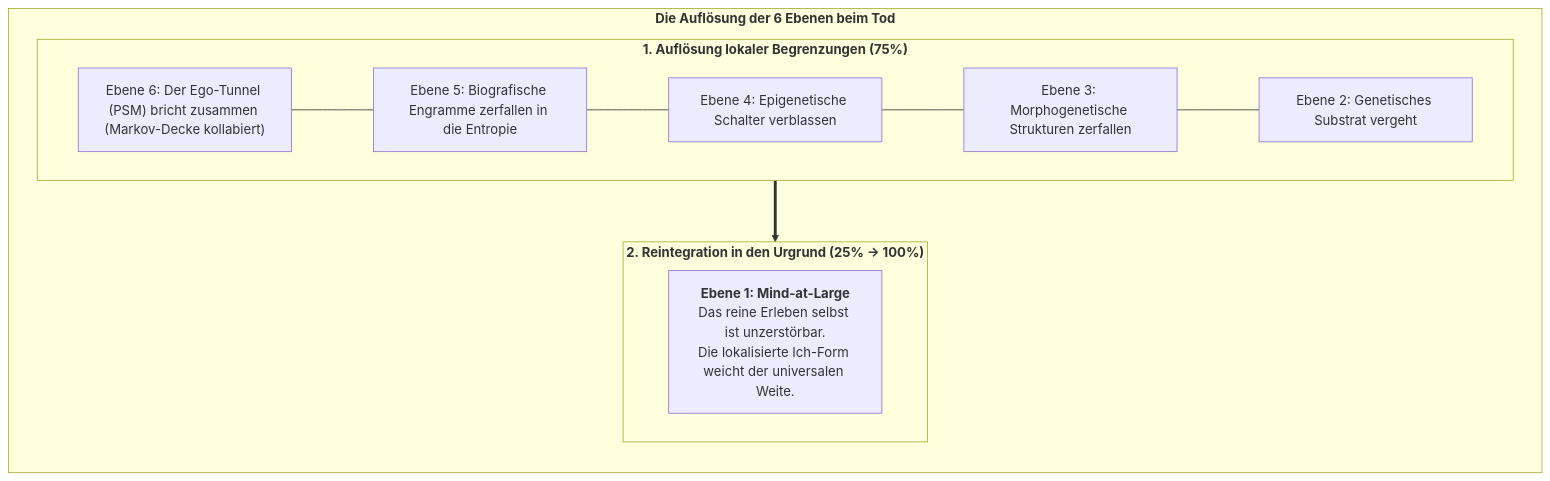
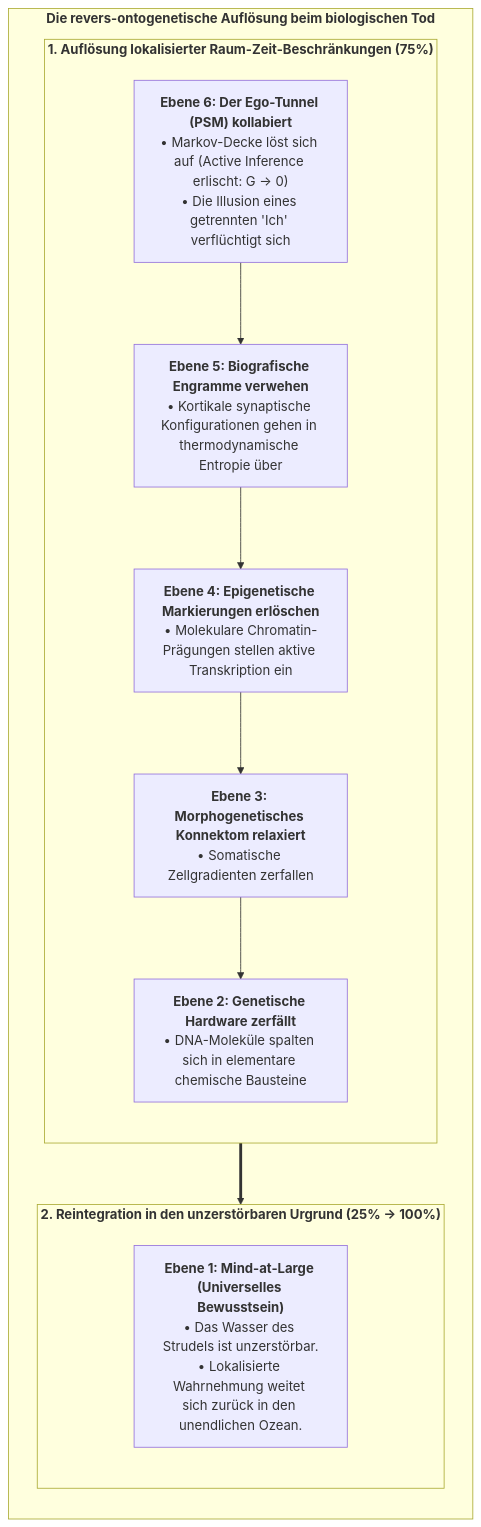
One commit to Thriebl/active-inference-phi-network changed the third of 6 diagrams in book/manuscript_de/08_existenzielle_und_ethische_konsequenzen_de.md. Above: the diagram before and after it, drawn with Mermaid. The commit also changed other lines of this file and 16 other files, not shown here.

````diff
--- a/book/manuscript_de/08_existenzielle_und_ethische_konsequenzen_de.md
+++ b/book/manuscript_de/08_existenzielle_und_ethische_konsequenzen_de.md
@@ -20,21 +84,28 @@
 ```mermaid
 flowchart TD
-    subgraph DEATH_DE["<b>Die Auflösung der 6 Ebenen beim Tod</b>"]
+    subgraph DEATH_DISSOLUTION["<b>Die revers-ontogenetische Auflösung beim biologischen Tod</b>"]
         direction TB
         
-        subgraph DISS_DE["<b>1. Auflösung lokaler Begrenzungen (75%)</b>"]
-            L6["Ebene 6: Der Ego-Tunnel (PSM) bricht zusammen (Markov-Decke kollabiert)"]
-            L5["Ebene 5: Biografische Engramme zerfallen in die Entropie"]
-            L4["Ebene 4: Epigenetische Schalter verblassen"]
-            L3["Ebene 3: Morphogenetische Strukturen zerfallen"]
-            L2["Ebene 2: Genetisches Substrat vergeht"]
-            L6 --- L5 --- L4 --- L3 --- L2
+        subgraph SHEDDING["<b>1. Auflösung lokalisierter Raum-Zeit-Beschränkungen (75%)</b>"]
+            direction TB
+            L6["<b>Ebene 6: Der Ego-Tunnel (PSM) kollabiert</b><br>• Markov-Decke löst sich auf (Active Inference erlischt: G → 0)<br>• Die Illusion eines getrennten 'Ich' verflüchtigt sich"]
+            
+            L5["<b>Ebene 5: Biografische Engramme verwehen</b><br>• Kortikale synaptische Konfigurationen gehen in thermodynamische Entropie über"]
+            
+            L4["<b>Ebene 4: Epigenetische Markierungen erlöschen</b><br>• Molekulare Chromatin-Prägungen stellen aktive Transkription ein"]
+            
+            L3["<b>Ebene 3: Morphogenetisches Konnektom relaxiert</b><br>• Somatische Zellgradienten zerfallen"]
+            
+            L2["<b>Ebene 2: Genetische Hardware zerfällt</b><br>• DNA-Moleküle spalten sich in elementare chemische Bausteine"]
+            
+            L6 --> L5 --> L4 --> L3 --> L2
         end
         
-        subgraph REINT_DE["<b>2. Reintegration in den Urgrund (25% → 100%)</b>"]
-            L1["<b>Ebene 1: Mind-at-Large</b><br>Das reine Erleben selbst ist unzerstörbar.<br>Die lokalisierte Ich-Form weicht der universalen Weite."]
+        subgraph REINTEGRATION["<b>2. Reintegration in den unzerstörbaren Urgrund (25% → 100%)</b>"]
+            direction TB
+            L1["<b>Ebene 1: Mind-at-Large (Universelles Bewusstsein)</b><br>• Das Wasser des Strudels ist unzerstörbar.<br>• Lokalisierte Wahrnehmung weitet sich zurück in den unendlichen Ozean."]
         end
         
-        DISS_DE ==> REINT_DE
+        SHEDDING ==> REINTEGRATION
     end
 ```
````
